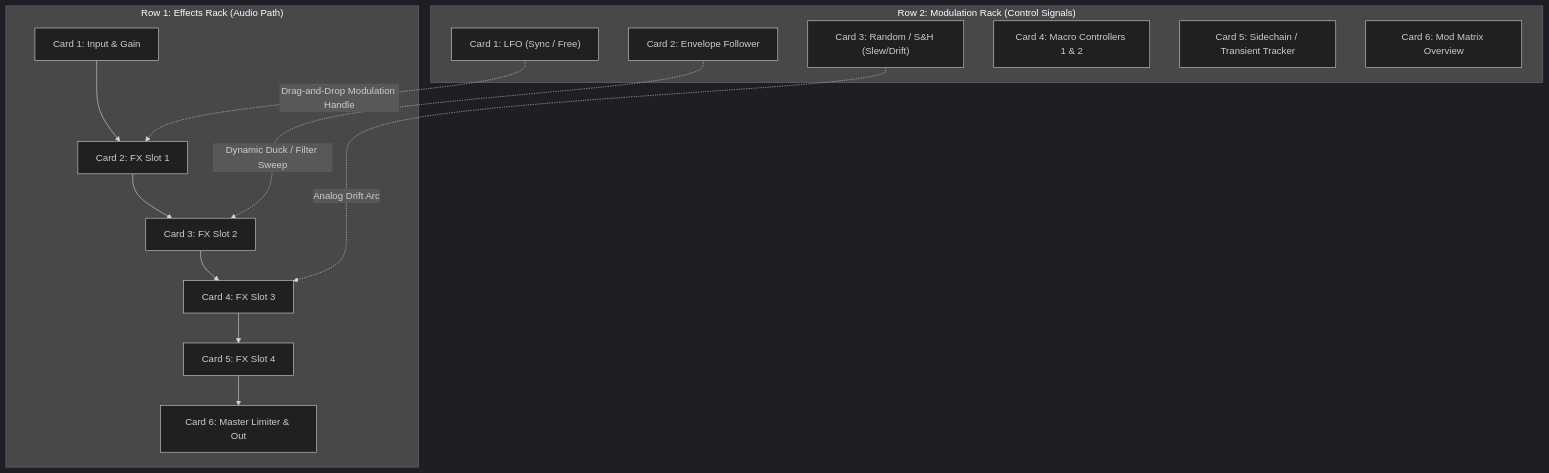
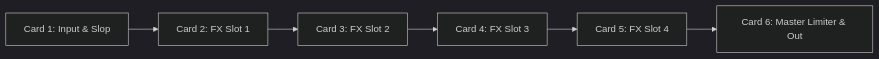
Before and after one commit to codygratner/TheKlangFarmer: the diagram in docs/the_klang_mill_plan.md, drawn with Mermaid (dark theme). The commit also changed other lines of this file and 1 other file, not shown here.

````diff
--- a/docs/the_klang_mill_plan.md
+++ b/docs/the_klang_mill_plan.md
@@ -19,23 +17,8 @@
 ```mermaid
-flowchart TD
-    subgraph Row1["Row 1: Effects Rack (Audio Path)"]
-        IN["Card 1: Input & Gain"] --> FX1["Card 2: FX Slot 1"]
-        FX1 --> FX2["Card 3: FX Slot 2"]
-        FX2 --> FX3["Card 4: FX Slot 3"]
-        FX3 --> FX4["Card 5: FX Slot 4"]
-        FX4 --> OUT["Card 6: Master Limiter & Out"]
-    end
-
-    subgraph Row2["Row 2: Modulation Rack (Control Signals)"]
-        MOD1["Card 1: LFO (Sync / Free)"]
-        MOD2["Card 2: Envelope Follower"]
-        MOD3["Card 3: Random / S&H (Slew/Drift)"]
-        MOD4["Card 4: Macro Controllers 1 & 2"]
-        MOD5["Card 5: Sidechain / Transient Tracker"]
-        MOD6["Card 6: Mod Matrix Overview"]
-    end
-
-    MOD1 -.->|Drag-and-Drop Modulation Handle| FX1
-    MOD2 -.->|Dynamic Duck / Filter Sweep| FX2
-    MOD3 -.->|Analog Drift Arc| FX3
+flowchart LR
+    IN["Card 1: Input & Slop"] --> FX1["Card 2: FX Slot 1"]
+    FX1 --> FX2["Card 3: FX Slot 2"]
+    FX2 --> FX3["Card 4: FX Slot 3"]
+    FX3 --> FX4["Card 5: FX Slot 4"]
+    FX4 --> OUT["Card 6: Master Limiter & Out"]
 ```
````
